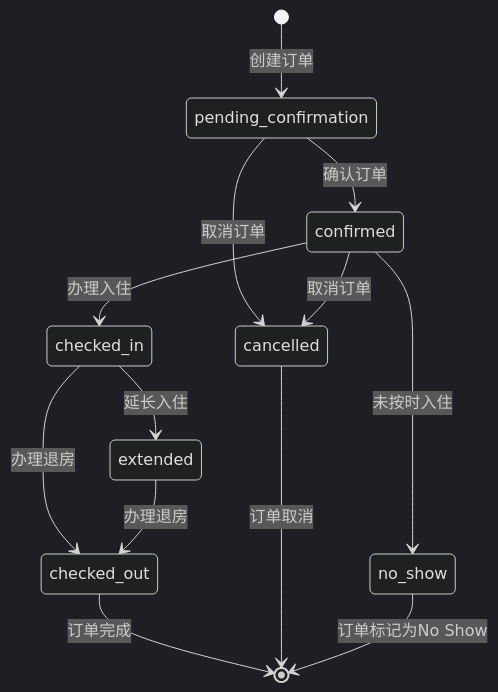
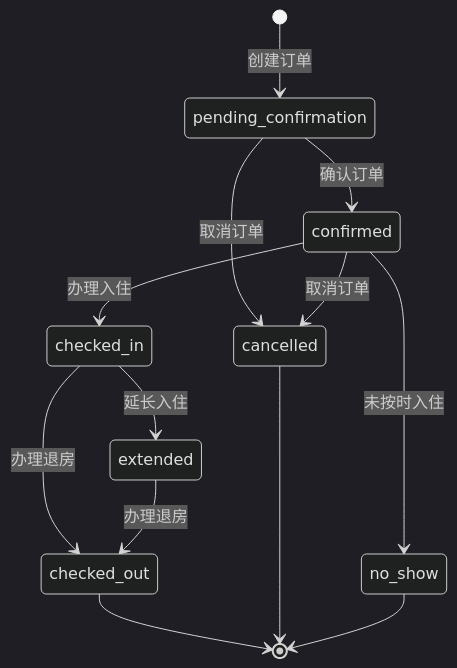
The third of 10 diagrams in docs/basic/PMS需求.md (dromara/RuoYi-Vue-Plus), drawn with Mermaid (dark theme) before and after one commit. The commit also changed other lines of this file and 163 other files, not shown here.

````diff
--- a/docs/basic/PMS需求.md
+++ b/docs/basic/PMS需求.md
@@ -101,15 +667,15 @@
-        ```mermaid
-        stateDiagram-v2
-            [*] --> pending_confirmation: 创建订单
-            pending_confirmation --> confirmed: 确认订单
-            pending_confirmation --> cancelled: 取消订单
-            confirmed --> checked_in: 办理入住
-            confirmed --> cancelled: 取消订单
-            confirmed --> no_show: 未按时入住
-            checked_in --> checked_out: 办理退房
-            checked_in --> extended: 延长入住
-            extended --> checked_out: 办理退房
-            checked_out --> [*] : 订单完成
-            cancelled --> [*] : 订单取消
-            no_show --> [*] : 订单标记为No Show
-        ```
+```mermaid
+stateDiagram-v2
+    [*] --> pending_confirmation: 创建订单
+    pending_confirmation --> confirmed: 确认订单
+    pending_confirmation --> cancelled: 取消订单
+    confirmed --> checked_in: 办理入住
+    confirmed --> cancelled: 取消订单
+    confirmed --> no_show: 未按时入住
+    checked_in --> checked_out: 办理退房
+    checked_in --> extended: 延长入住
+    extended --> checked_out: 办理退房
+    checked_out --> [*]
+    cancelled --> [*]
+    no_show --> [*]
+```
````
